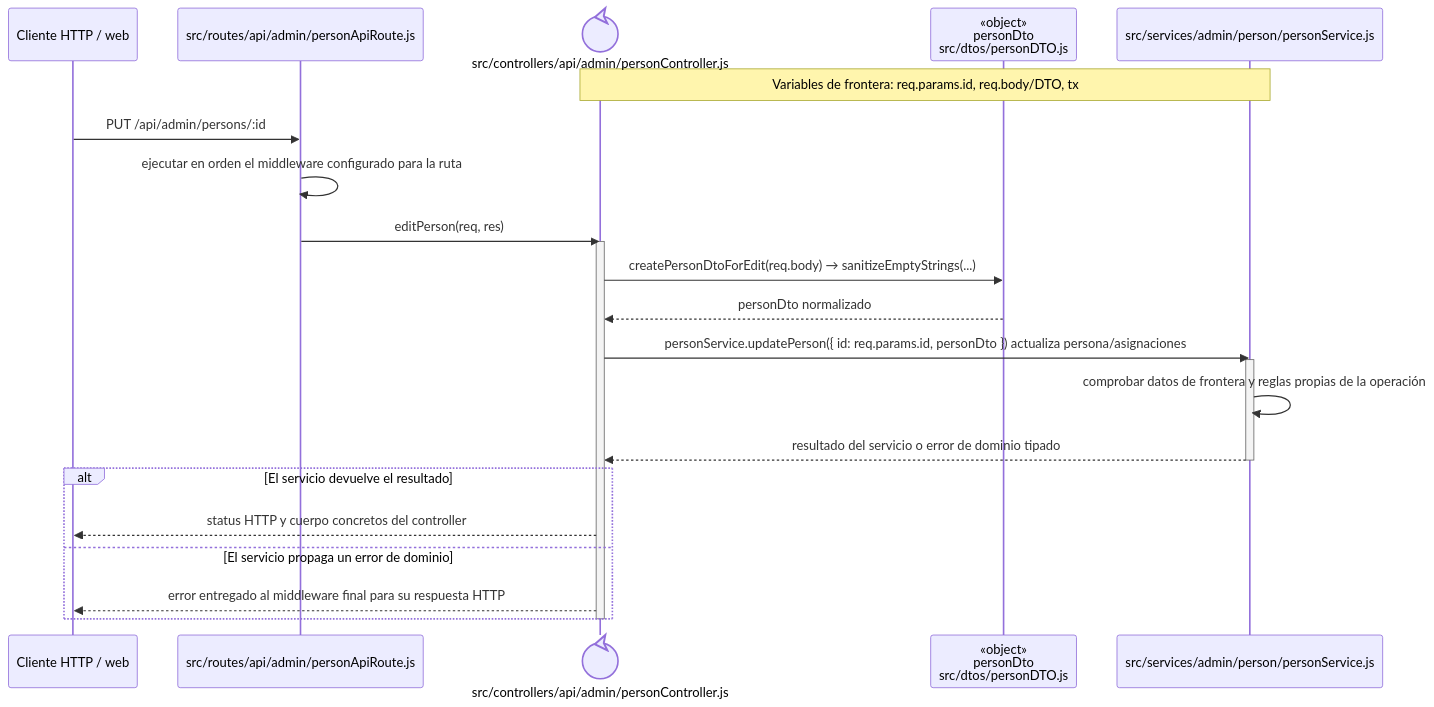
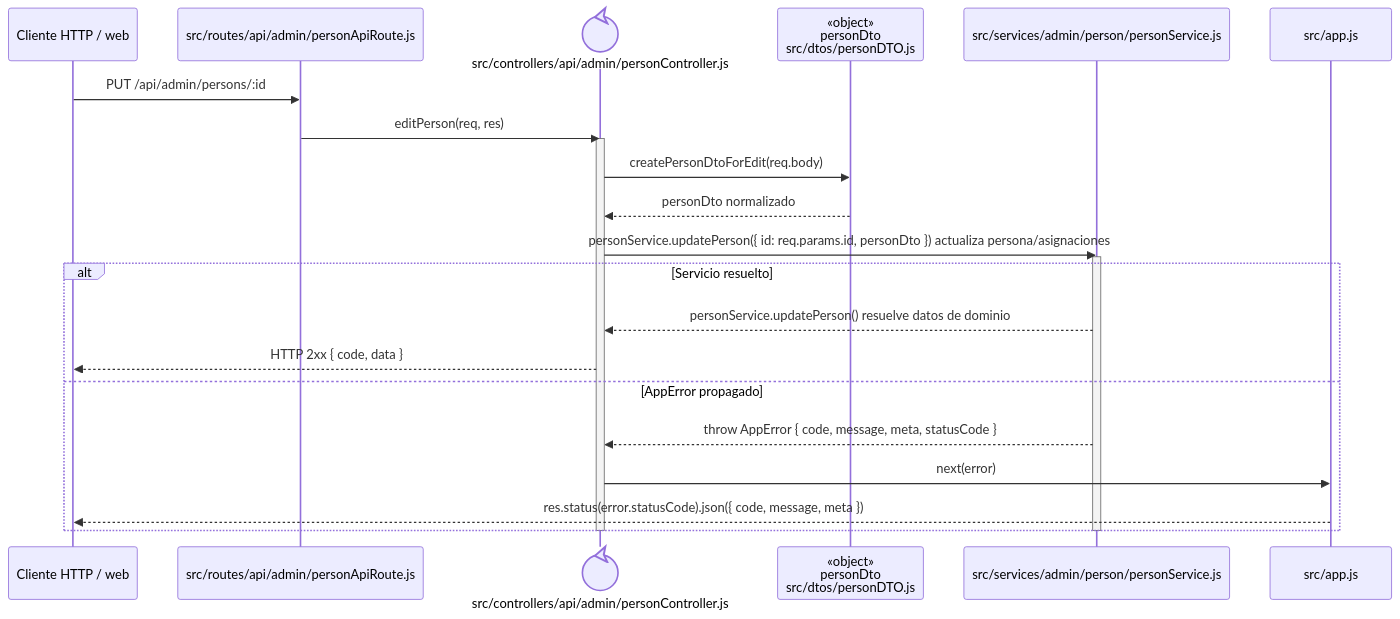
The diagram in docs/architecture/backend-code-sequences/identity-access/cu-ida-03.md (gpgsistemas01/nexus), drawn with Mermaid before and after one commit. The commit also changed 148 other files, not shown here.

````diff
--- a/docs/architecture/backend-code-sequences/identity-access/cu-ida-03.md
+++ b/docs/architecture/backend-code-sequences/identity-access/cu-ida-03.md
@@ -6,27 +6,27 @@
 ```mermaid
 sequenceDiagram
     participant Client as Cliente HTTP / web
     participant Route as src/routes/api/admin/personApiRoute.js
     participant Controller@{ "type": "control" } as src/controllers/api/admin/personController.js
     participant PersonDto as «object»<br/>personDto<br/>src/dtos/personDTO.js
     participant Domain as src/services/admin/person/personService.js
-    Note over Controller,Domain: Variables de frontera: req.params.id, req.body/DTO, tx
+    participant ErrorHandler as src/app.js
 
     Client->>Route: PUT /api/admin/persons/:id
-    Route->>Route: ejecutar en orden el middleware configurado para la ruta
     Route->>Controller: editPerson(req, res)
     activate Controller
-    Controller->>PersonDto: createPersonDtoForEdit(req.body) → sanitizeEmptyStrings(...)
+    Controller->>PersonDto: createPersonDtoForEdit(req.body)
     PersonDto-->>Controller: personDto normalizado
     Controller->>Domain: personService.updatePerson({ id: req.params.id, personDto }) actualiza persona/asignaciones
     activate Domain
-    Domain->>Domain: comprobar datos de frontera y reglas propias de la operación
-    Domain-->>Controller: resultado del servicio o error de dominio tipado
+    alt Servicio resuelto
+        Domain-->>Controller: personService.updatePerson() resuelve datos de dominio
+        Controller-->>Client: HTTP 2xx { code, data }
+    else AppError propagado
+        Domain-->>Controller: throw AppError { code, message, meta, statusCode }
+        Controller->>ErrorHandler: next(error)
+        ErrorHandler-->>Client: res.status(error.statusCode).json({ code, message, meta })
+    end
     deactivate Domain
-    alt El servicio devuelve el resultado
-        Controller-->>Client: status HTTP y cuerpo concretos del controller
-    else El servicio propaga un error de dominio
-        Controller-->>Client: error entregado al middleware final para su respuesta HTTP
-    end
     deactivate Controller
 ```
````
